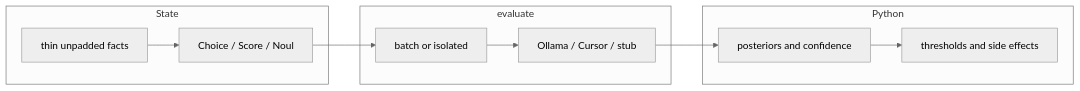
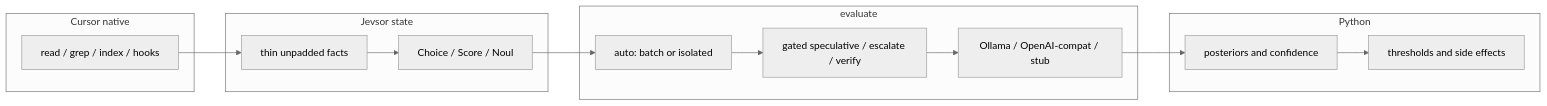
The first of 2 diagrams in README.md (kleosr/jevsor), drawn with Mermaid (neutral theme) before and after one commit. The commit also changed other lines of this file and 19 other files, not shown here.

First line of the commit message:
Make Jevsor a native Cursor decision layer, not a second harness.

````diff
--- a/README.md
+++ b/README.md
@@ -41,20 +41,25 @@
 ```mermaid
 flowchart LR
-  subgraph state[State]
+  subgraph cursor [Cursor native]
+    tools[read / grep / index / hooks]
+  end
+  subgraph state[Jevsor state]
     facts[thin unpadded facts]
     heads[Choice / Score / Noul]
     facts --> heads
   end
   subgraph engine[evaluate]
-    fan[batch or isolated]
-    providers[Ollama / Cursor / stub]
-    fan --> providers
+    fan[auto: batch or isolated]
+    extra[gated speculative / escalate / verify]
+    providers[Ollama / OpenAI-compat / stub]
+    fan --> extra --> providers
   end
   subgraph python[Python]
     posteriors[posteriors and confidence]
     policy[thresholds and side effects]
     posteriors --> policy
   end
+  tools --> facts
   heads --> fan
   providers --> posteriors
 ```
````
